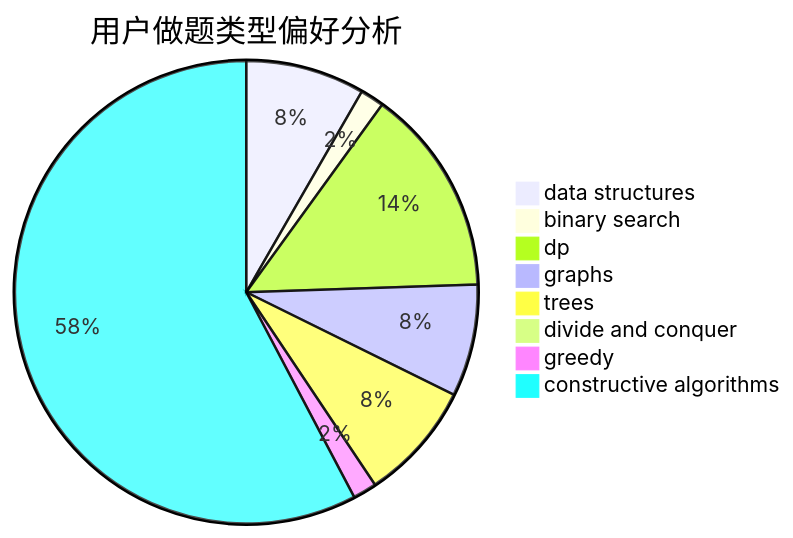
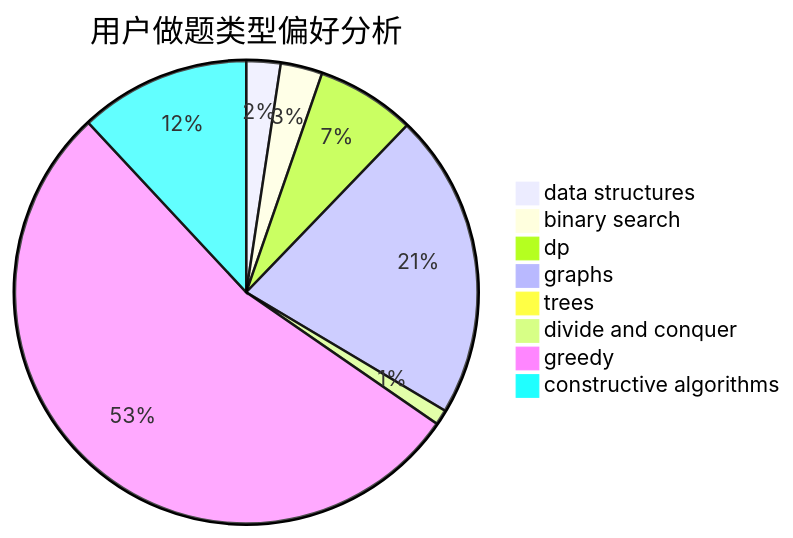
The second of 3 diagrams in docs/user/u341.md (sherpahu/cfrs.github.io), drawn with Mermaid before and after one commit. The commit also changed other lines of this file and 2770 other files, not shown here.

````diff
--- a/docs/user/u341.md
+++ b/docs/user/u341.md
@@ -23,11 +23,11 @@
 ```mermaid
 pie title 用户做题类型偏好分析
-    "data structures" :  35
-    "binary search" :  7
-    "dp" :  61
-    "graphs" :  33
-    "trees" :  35
-    "divide and conquer" :  0
-    "greedy" :  7
-    "constructive algorithms" :  243
+    "data structures" :  18
+    "binary search" :  22
+    "dp" :  52
+    "graphs" :  161
+    "trees" :  6
+    "divide and conquer" :  8
+    "greedy" :  403
+    "constructive algorithms" :  90
 ```
````
